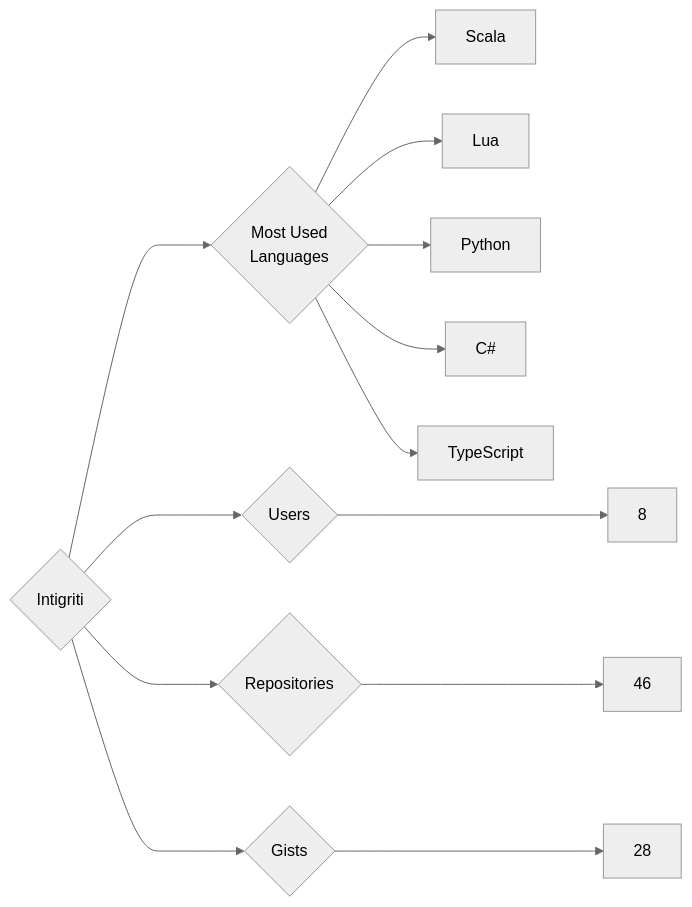
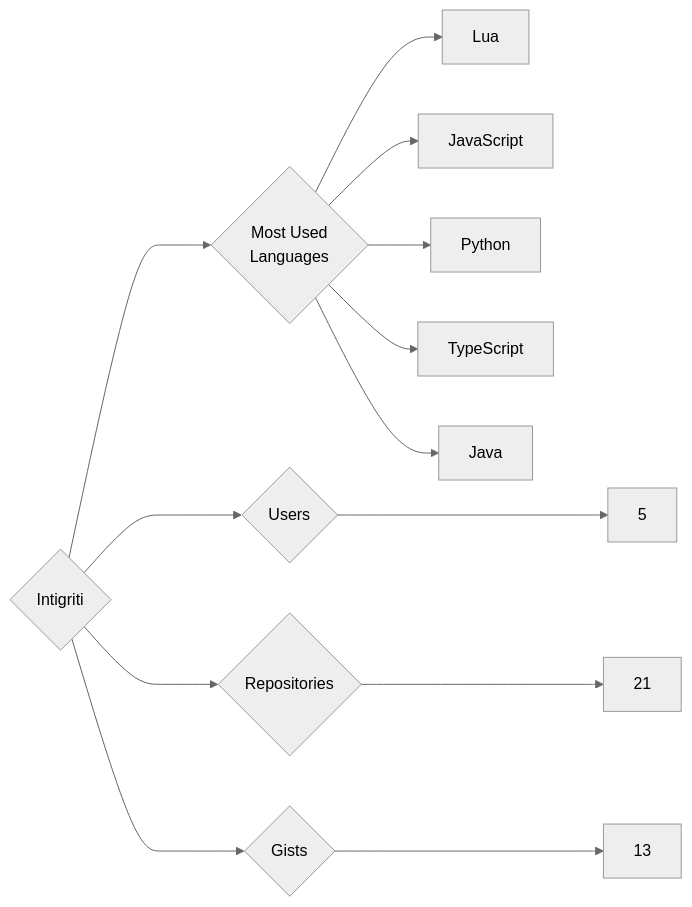
One commit to trickest/insiders changed the diagram in targets/Intigriti/README.md. Above: the diagram before and after it, drawn with Mermaid (neutral theme). The commit also changed 1141 other files, not shown here.

````diff
--- a/targets/Intigriti/README.md
+++ b/targets/Intigriti/README.md
@@ -3,13 +3,13 @@
 ```mermaid
 graph LR
 COMPANY_NAME{Intigriti}
-COMPANY_NAME ---> U{Users} ---> UN[8]
-COMPANY_NAME ---> R{Repositories} ---> RN[46]
-COMPANY_NAME ---> G{Gists} ---> GN[28]
+COMPANY_NAME ---> U{Users} ---> UN[5]
+COMPANY_NAME ---> R{Repositories} ---> RN[21]
+COMPANY_NAME ---> G{Gists} ---> GN[13]
 COMPANY_NAME ---> ML{Most Used<br>Languages}
-ML --> Scala[Scala]
 ML --> Lua[Lua]
+ML --> JavaScript[JavaScript]
 ML --> Python[Python]
-ML --> C#[C#]
 ML --> TypeScript[TypeScript]
+ML --> Java[Java]
 ```
````
